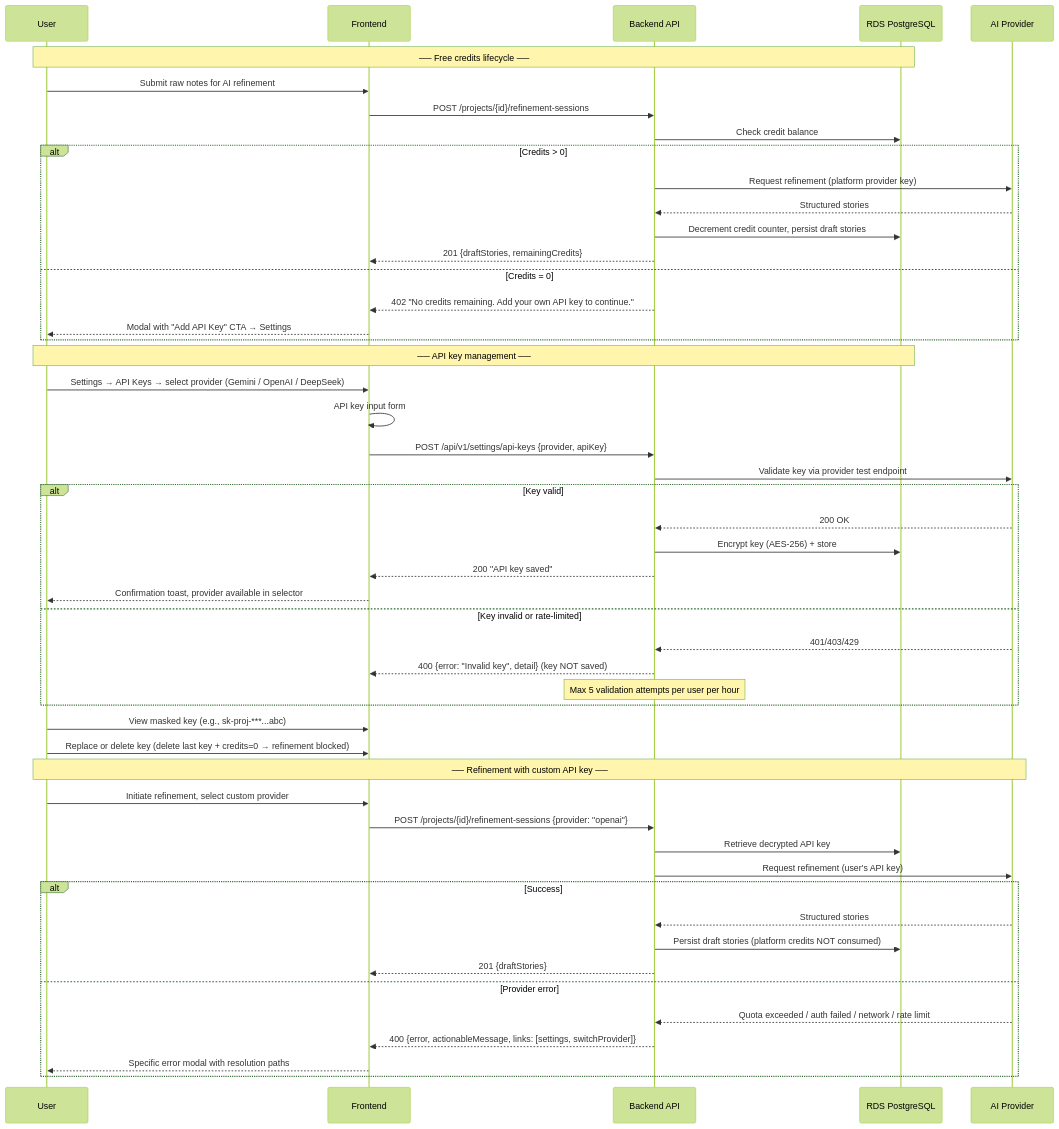
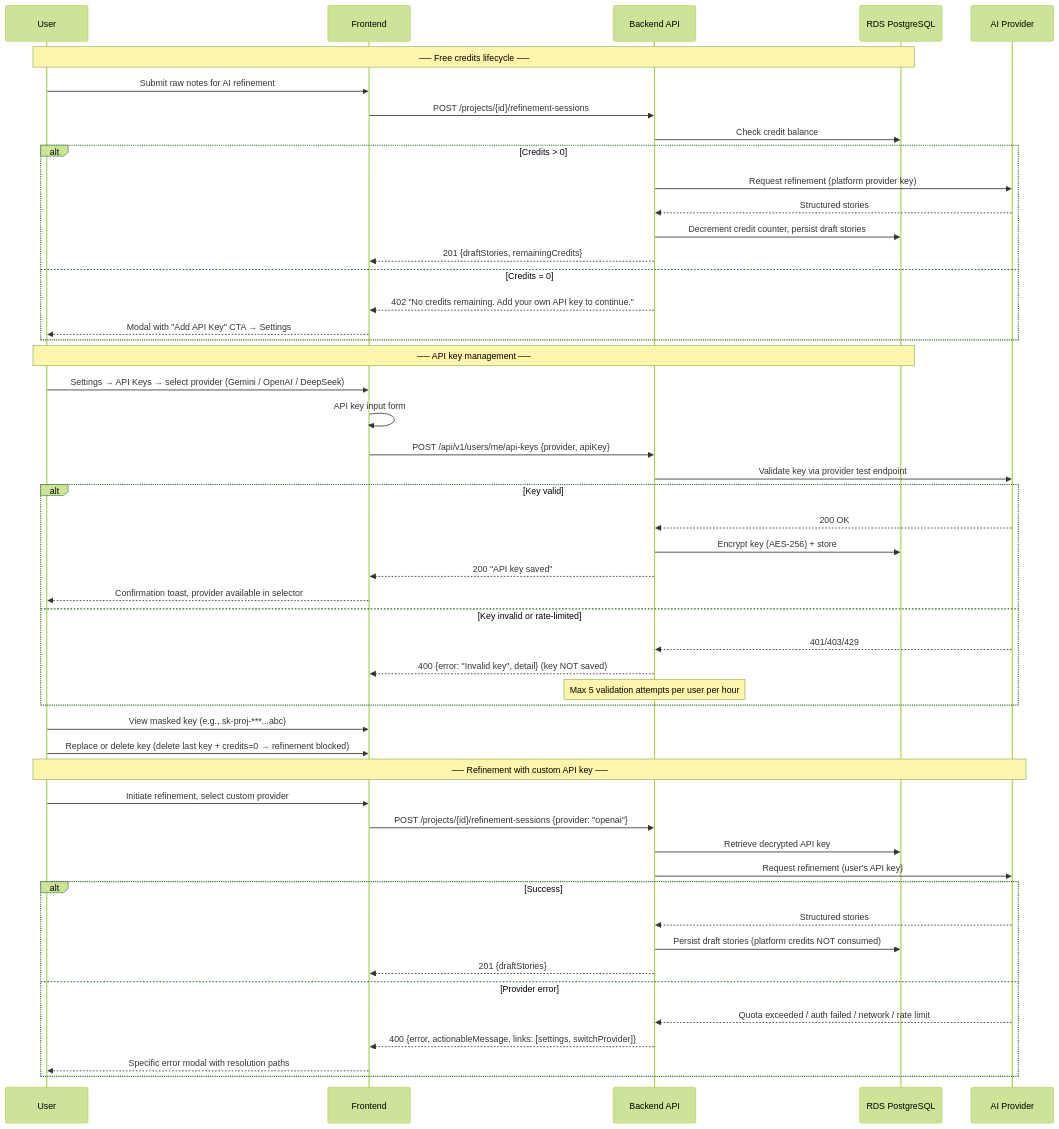
One commit to alonsovndev/open-projects-hub-docs changed diagram 11 of 13 in docs/03-architecture/diagrams/sequence-diagrams.md. Above: the diagram before and after it, drawn with Mermaid (forest theme). The commit also changed 12 other files, not shown here.

````diff
--- a/docs/03-architecture/diagrams/sequence-diagrams.md
+++ b/docs/03-architecture/diagrams/sequence-diagrams.md
@@ -391,55 +391,55 @@
 ```mermaid
 sequenceDiagram
     participant User
     participant FE as Frontend
     participant BE as Backend API
     participant DB as RDS PostgreSQL
     participant AI as AI Provider
 
     Note over User,DB: ── Free credits lifecycle ──
     User->>FE: Submit raw notes for AI refinement
     FE->>BE: POST /projects/{id}/refinement-sessions
     BE->>DB: Check credit balance
     alt Credits > 0
         BE->>AI: Request refinement (platform provider key)
         AI-->>BE: Structured stories
         BE->>DB: Decrement credit counter, persist draft stories
         BE-->>FE: 201 {draftStories, remainingCredits}
     else Credits = 0
         BE-->>FE: 402 "No credits remaining. Add your own API key to continue."
         FE-->>User: Modal with "Add API Key" CTA → Settings
     end
 
     Note over User,DB: ── API key management ──
     User->>FE: Settings → API Keys → select provider (Gemini / OpenAI / DeepSeek)
     FE->>FE: API key input form
-    FE->>BE: POST /api/v1/settings/api-keys {provider, apiKey}
+    FE->>BE: POST /api/v1/users/me/api-keys {provider, apiKey}
     BE->>AI: Validate key via provider test endpoint
     alt Key valid
         AI-->>BE: 200 OK
         BE->>DB: Encrypt key (AES-256) + store
         BE-->>FE: 200 "API key saved"
         FE-->>User: Confirmation toast, provider available in selector
     else Key invalid or rate-limited
         AI-->>BE: 401/403/429
         BE-->>FE: 400 {error: "Invalid key", detail} (key NOT saved)
         Note over BE: Max 5 validation attempts per user per hour
     end
     User->>FE: View masked key (e.g., sk-proj-***...abc)
     User->>FE: Replace or delete key (delete last key + credits=0 → refinement blocked)
 
     Note over User,AI: ── Refinement with custom API key ──
     User->>FE: Initiate refinement, select custom provider
     FE->>BE: POST /projects/{id}/refinement-sessions {provider: "openai"}
     BE->>DB: Retrieve decrypted API key
     BE->>AI: Request refinement (user's API key)
     alt Success
         AI-->>BE: Structured stories
         BE->>DB: Persist draft stories (platform credits NOT consumed)
         BE-->>FE: 201 {draftStories}
     else Provider error
         AI-->>BE: Quota exceeded / auth failed / network / rate limit
         BE-->>FE: 400 {error, actionableMessage, links: [settings, switchProvider]}
         FE-->>User: Specific error modal with resolution paths
     end
 ```
````
